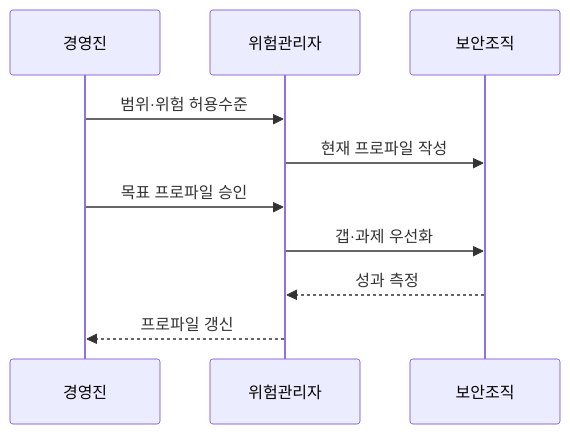
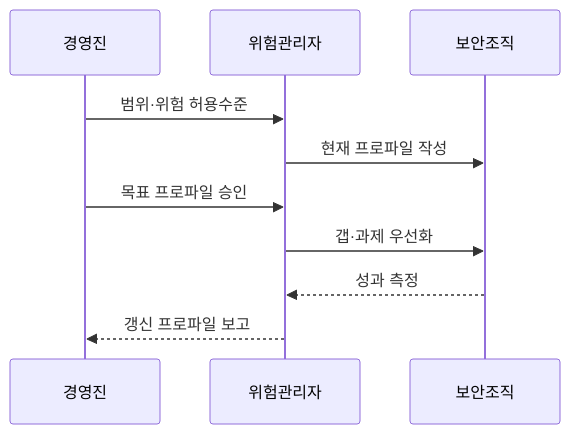
The second of 2 diagrams in src/content/docs/notes/07-law-policy/037_nist_csf_2_0.md (agnusdei1207/knowledge-base), drawn with Mermaid before and after one commit. The commit also changed other lines of this file and 27 other files, not shown here.

````diff
--- a/src/content/docs/notes/07-law-policy/037_nist_csf_2_0.md
+++ b/src/content/docs/notes/07-law-policy/037_nist_csf_2_0.md
@@ -82,12 +82,12 @@
 ```mermaid
 sequenceDiagram
     participant G as 경영진
     participant R as 위험관리자
     participant O as 보안조직
     G->>R: 범위·위험 허용수준
     R->>O: 현재 프로파일 작성
     G->>R: 목표 프로파일 승인
     R->>O: 갭·과제 우선화
     O-->>R: 성과 측정
-    R-->>G: 프로파일 갱신
+    R-->>G: 갱신 프로파일 보고
 ```
````
